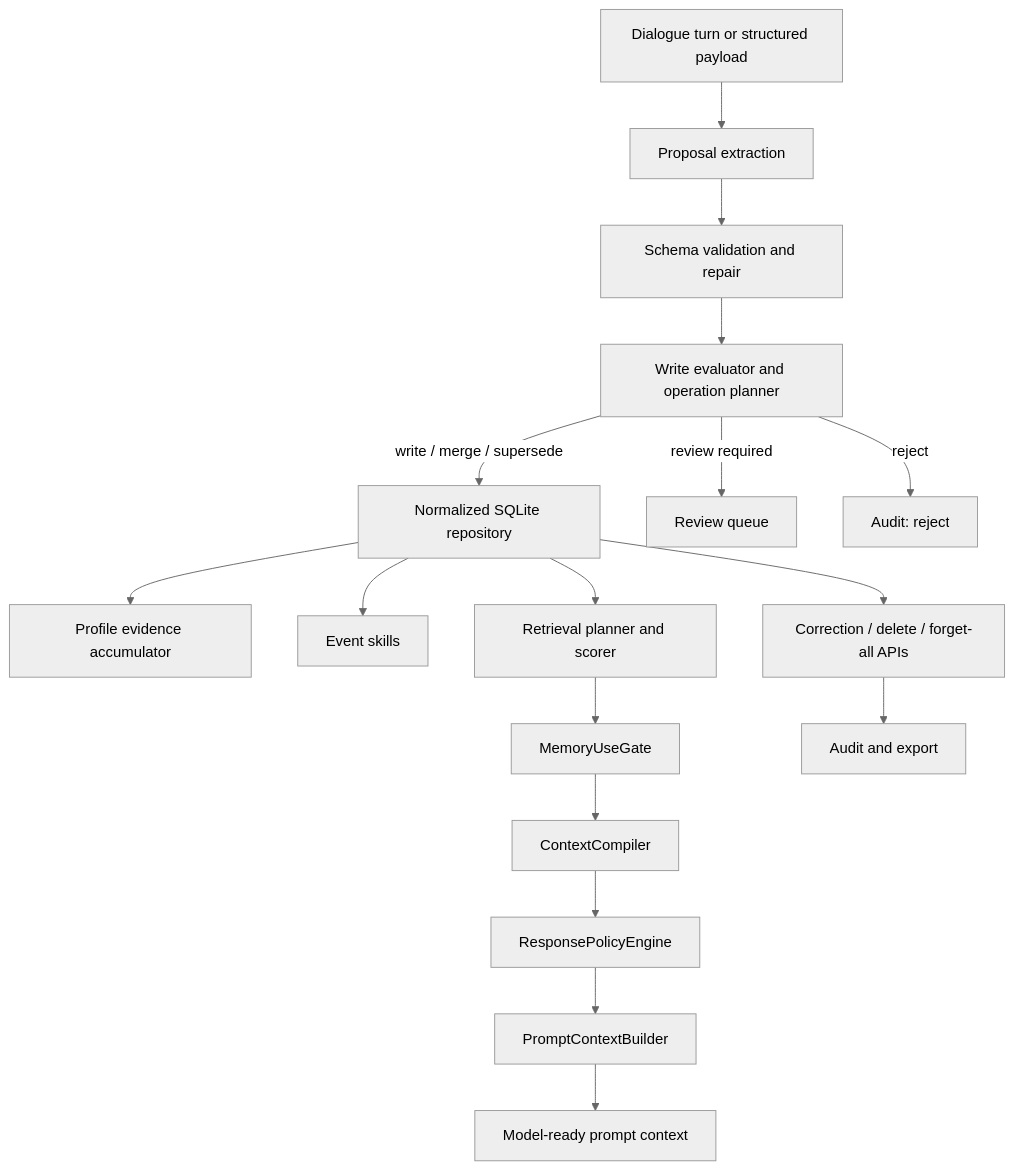
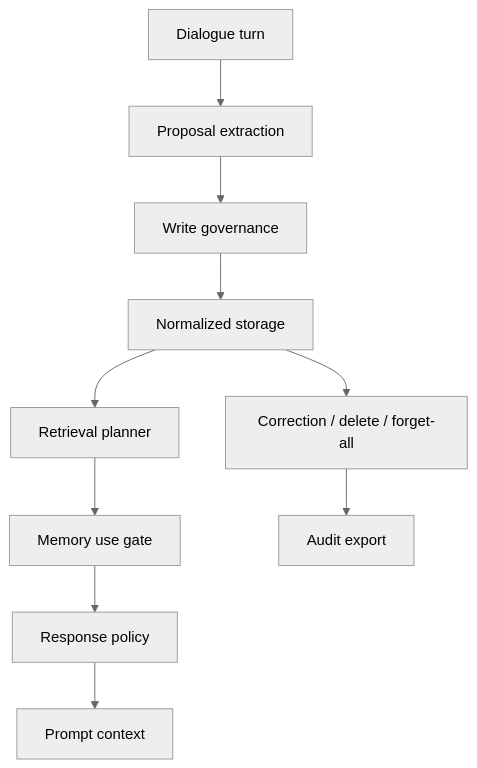
Before and after one commit to 2sao7sao/EvolveMemory: the diagram in README.md, drawn with Mermaid (neutral theme). The commit also changed other lines of this file and 1 other file, not shown here.

Commit message:
Reframe README around memory product story

````diff
--- a/README.md
+++ b/README.md
@@ -66,19 +156,12 @@
 ```mermaid
 flowchart TD
-    A["Dialogue turn or structured payload"] --> B["Proposal extraction"]
-    B --> C["Schema validation and repair"]
-    C --> D["Write evaluator and operation planner"]
-    D -->|write / merge / supersede| E["Normalized SQLite repository"]
-    D -->|review required| F["Review queue"]
-    D -->|reject| G["Audit: reject"]
-    E --> H["Profile evidence accumulator"]
-    E --> I["Event skills"]
-    E --> J["Retrieval planner and scorer"]
-    J --> K["MemoryUseGate"]
-    K --> L["ContextCompiler"]
-    L --> M["ResponsePolicyEngine"]
-    M --> N["PromptContextBuilder"]
-    N --> O["Model-ready prompt context"]
-    E --> P["Correction / delete / forget-all APIs"]
-    P --> Q["Audit and export"]
+  A["Dialogue turn"] --> B["Proposal extraction"]
+  B --> C["Write governance"]
+  C --> D["Normalized storage"]
+  D --> E["Retrieval planner"]
+  E --> F["Memory use gate"]
+  F --> G["Response policy"]
+  G --> H["Prompt context"]
+  D --> I["Correction / delete / forget-all"]
+  I --> J["Audit export"]
 ```
````
